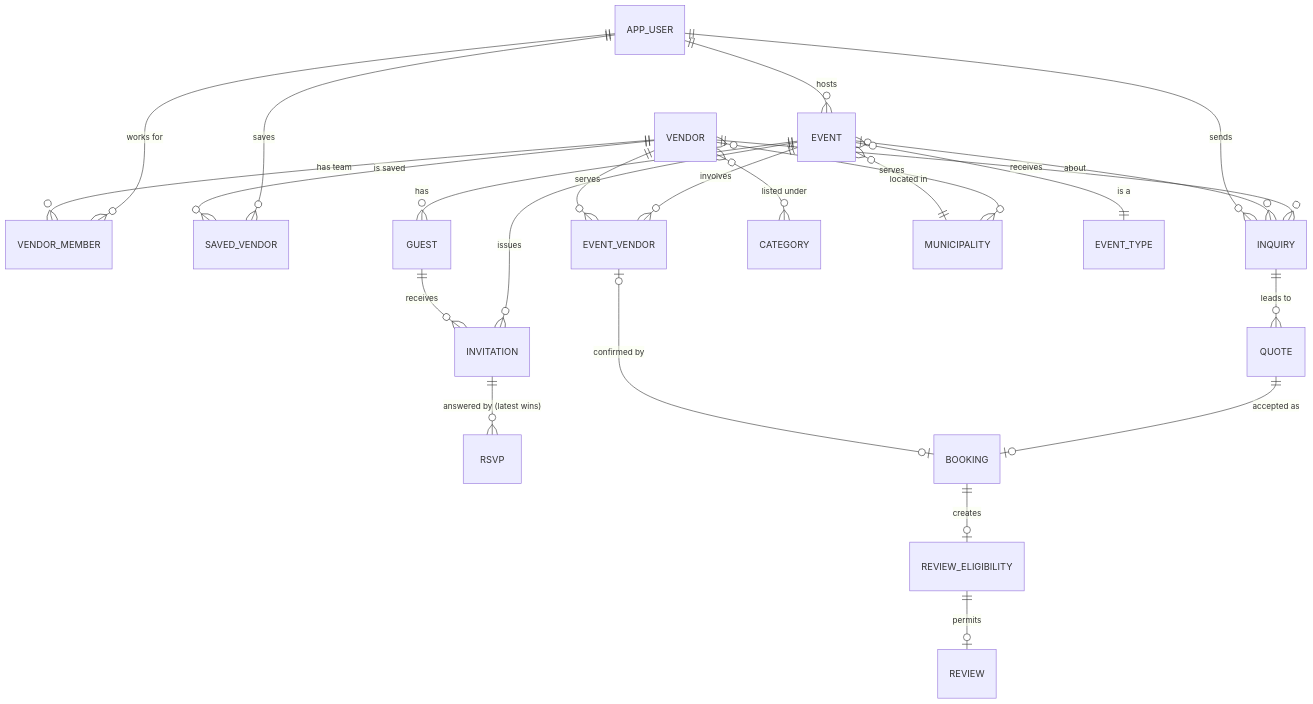
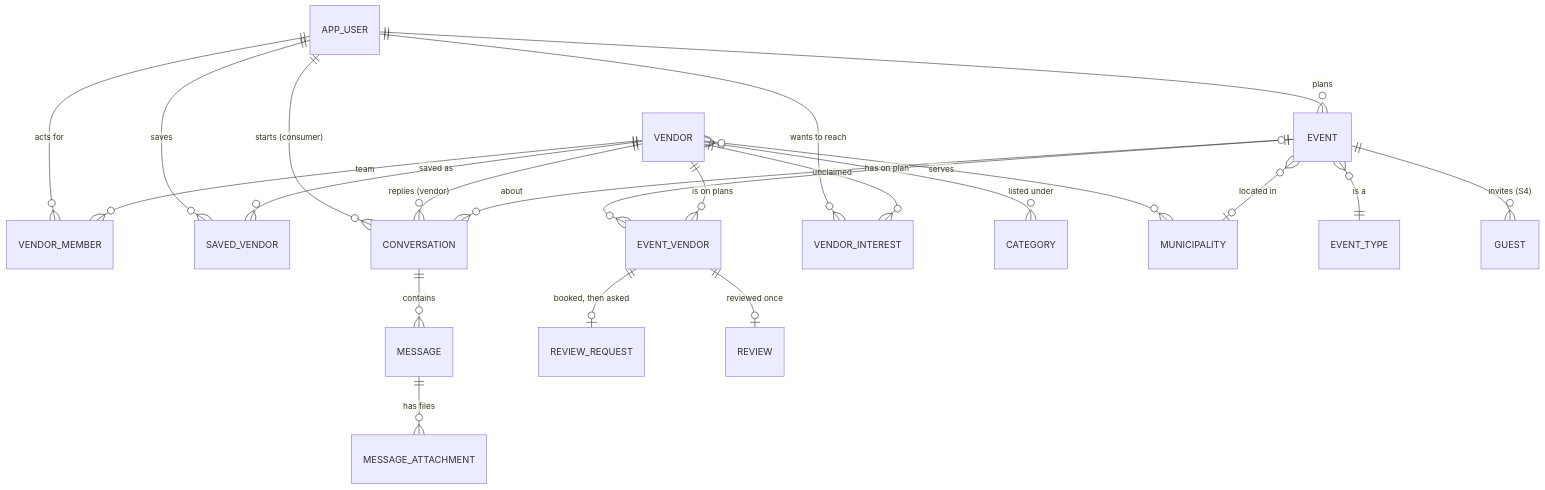
One commit to supportlocalites/betalocalites changed the second of 6 diagrams in docs/B-domain-and-data-model.md. Above: the diagram before and after it, drawn with Mermaid. The commit also changed other lines of this file and 19 other files, not shown here.

````diff
--- a/docs/B-domain-and-data-model.md
+++ b/docs/B-domain-and-data-model.md
@@ -77,26 +77,24 @@
 ```mermaid
 erDiagram
-    APP_USER ||--o{ VENDOR_MEMBER : "works for"
-    VENDOR   ||--o{ VENDOR_MEMBER : "has team"
+    APP_USER ||--o{ VENDOR_MEMBER : "acts for"
+    VENDOR   ||--o{ VENDOR_MEMBER : "team"
     APP_USER ||--o{ SAVED_VENDOR : saves
-    VENDOR   ||--o{ SAVED_VENDOR : "is saved"
-    APP_USER ||--o{ EVENT : hosts
-    EVENT    ||--o{ EVENT_VENDOR : "involves"
-    VENDOR   ||--o{ EVENT_VENDOR : "serves"
-    EVENT    ||--o{ GUEST : "has"
-    EVENT    ||--o{ INVITATION : "issues"
-    GUEST    ||--o{ INVITATION : receives
-    INVITATION ||--o{ RSVP : "answered by (latest wins)"
-    VENDOR   ||--o{ INQUIRY : receives
-    EVENT    |o--o{ INQUIRY : "about"
-    APP_USER ||--o{ INQUIRY : sends
-    INQUIRY  ||--o{ QUOTE : "leads to"
-    QUOTE    ||--o| BOOKING : "accepted as"
-    EVENT_VENDOR |o--o| BOOKING : "confirmed by"
-    BOOKING  ||--o| REVIEW_ELIGIBILITY : "creates"
-    REVIEW_ELIGIBILITY ||--o| REVIEW : "permits"
+    VENDOR   ||--o{ SAVED_VENDOR : "saved as"
+    APP_USER ||--o{ EVENT : plans
+    EVENT    ||--o{ EVENT_VENDOR : "has on plan"
+    VENDOR   ||--o{ EVENT_VENDOR : "is on plans"
+    APP_USER ||--o{ CONVERSATION : "starts (consumer)"
+    VENDOR   ||--o{ CONVERSATION : "replies (vendor)"
+    EVENT    |o--o{ CONVERSATION : "about"
+    CONVERSATION ||--o{ MESSAGE : contains
+    MESSAGE  ||--o{ MESSAGE_ATTACHMENT : "has files"
+    EVENT_VENDOR ||--o| REVIEW_REQUEST : "booked, then asked"
+    EVENT_VENDOR ||--o| REVIEW : "reviewed once"
+    APP_USER ||--o{ VENDOR_INTEREST : "wants to reach"
+    VENDOR   ||--o{ VENDOR_INTEREST : "unclaimed"
     VENDOR   }o--o{ CATEGORY : "listed under"
-    VENDOR   }o--o{ MUNICIPALITY : "serves"
-    EVENT    }o--|| MUNICIPALITY : "located in"
+    VENDOR   }o--o{ MUNICIPALITY : serves
+    EVENT    }o--o| MUNICIPALITY : "located in"
     EVENT    }o--|| EVENT_TYPE : "is a"
+    EVENT    ||--o{ GUEST : "invites (S4)"
 ```
````
